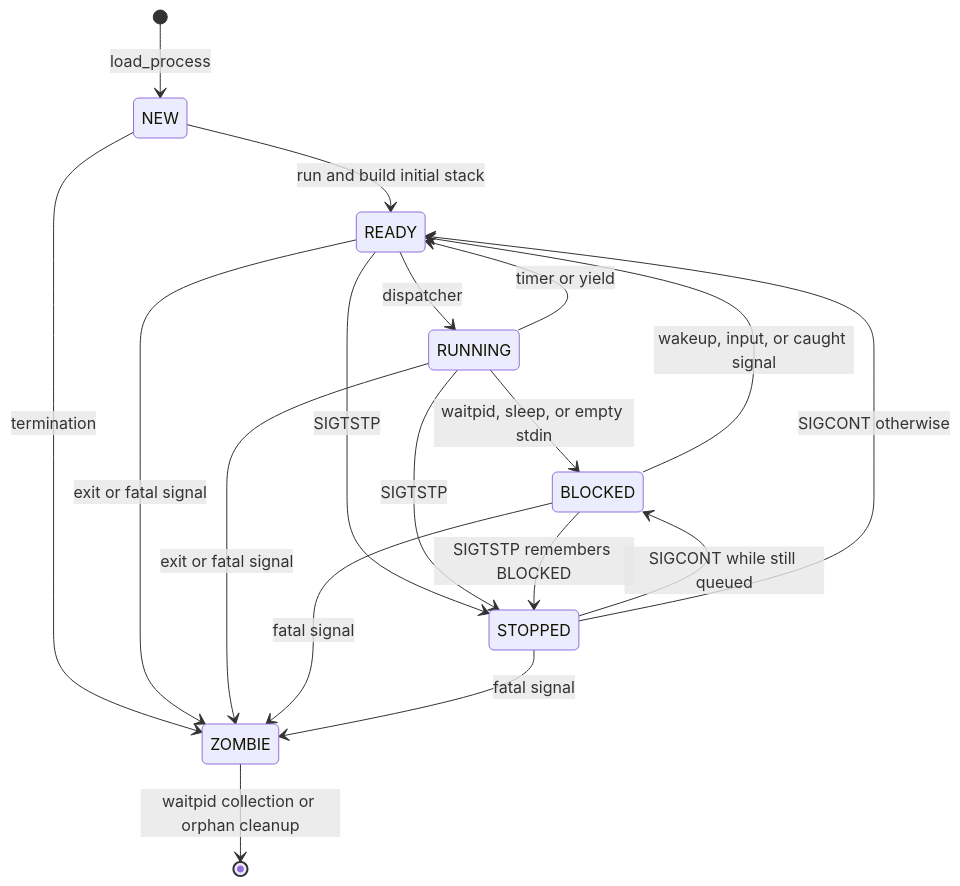
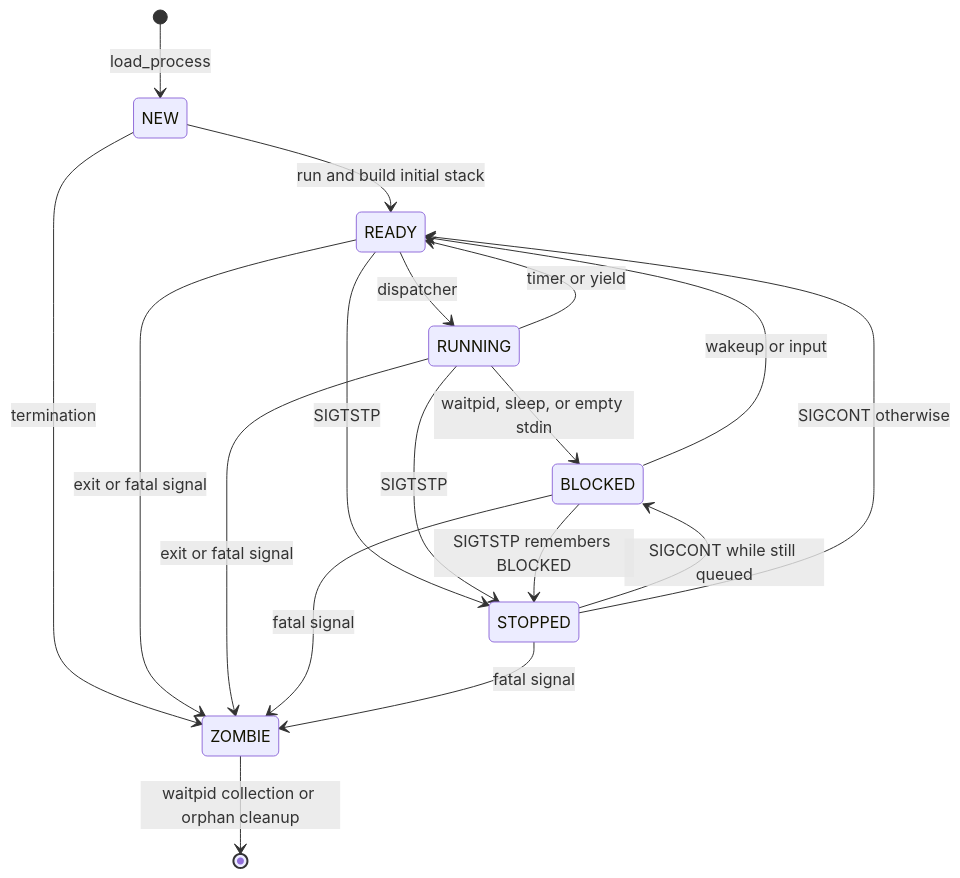
The eighth of 24 diagrams in README.md (matthejue/Pico-OS), drawn with Mermaid before and after one commit. The commit also changed other lines of this file and 25 other files, not shown here.

````diff
--- a/README.md
+++ b/README.md
@@ -1221,20 +1209,20 @@
 ```mermaid
 stateDiagram-v2
     [*] --> NEW: load_process
     NEW --> READY: run and build initial stack
     READY --> RUNNING: dispatcher
     RUNNING --> READY: timer or yield
     RUNNING --> BLOCKED: waitpid, sleep, or empty stdin
-    BLOCKED --> READY: wakeup, input, or caught signal
+    BLOCKED --> READY: wakeup or input
     READY --> STOPPED: SIGTSTP
     RUNNING --> STOPPED: SIGTSTP
     BLOCKED --> STOPPED: SIGTSTP remembers BLOCKED
     STOPPED --> BLOCKED: SIGCONT while still queued
     STOPPED --> READY: SIGCONT otherwise
     NEW --> ZOMBIE: termination
     READY --> ZOMBIE: exit or fatal signal
     RUNNING --> ZOMBIE: exit or fatal signal
     BLOCKED --> ZOMBIE: fatal signal
     STOPPED --> ZOMBIE: fatal signal
     ZOMBIE --> [*]: waitpid collection or orphan cleanup
 ```
````
